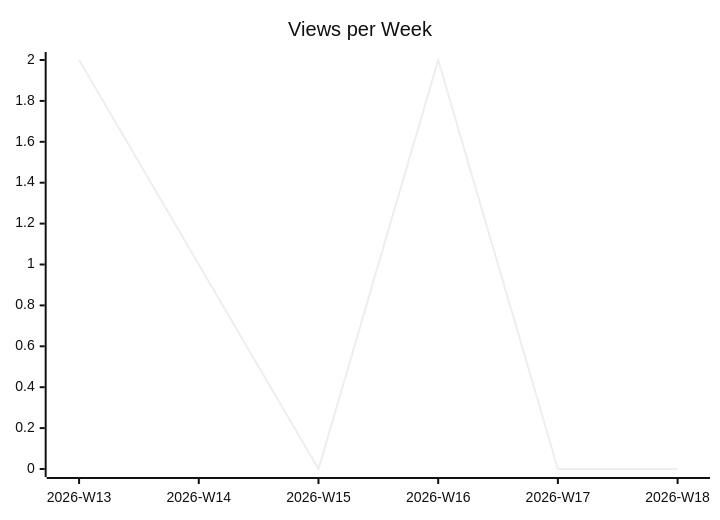
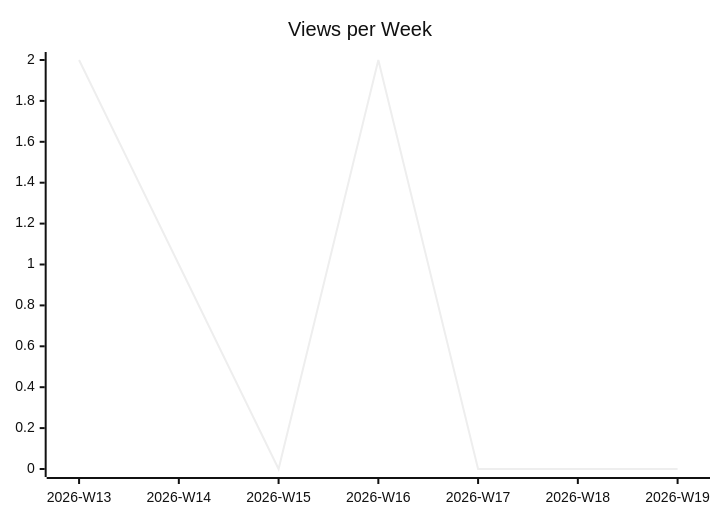
The second of 3 diagrams in karlmdavis/ansible-role-bind-dns/README.md (justdavis-family/github-analytics-data), drawn with Mermaid (neutral theme) before and after one commit. The commit also changed other lines of this file and 187 other files, not shown here.

````diff
--- a/karlmdavis/ansible-role-bind-dns/README.md
+++ b/karlmdavis/ansible-role-bind-dns/README.md
@@ -12,6 +12,6 @@
 ```mermaid
 xychart-beta
   title "Views per Week"
-  x-axis ["2026-W13", "2026-W14", "2026-W15", "2026-W16", "2026-W17", "2026-W18"]
-  line [2, 1, 0, 2, 0, 0]
+  x-axis ["2026-W13", "2026-W14", "2026-W15", "2026-W16", "2026-W17", "2026-W18", "2026-W19"]
+  line [2, 1, 0, 2, 0, 0, 0]
 ```
````
